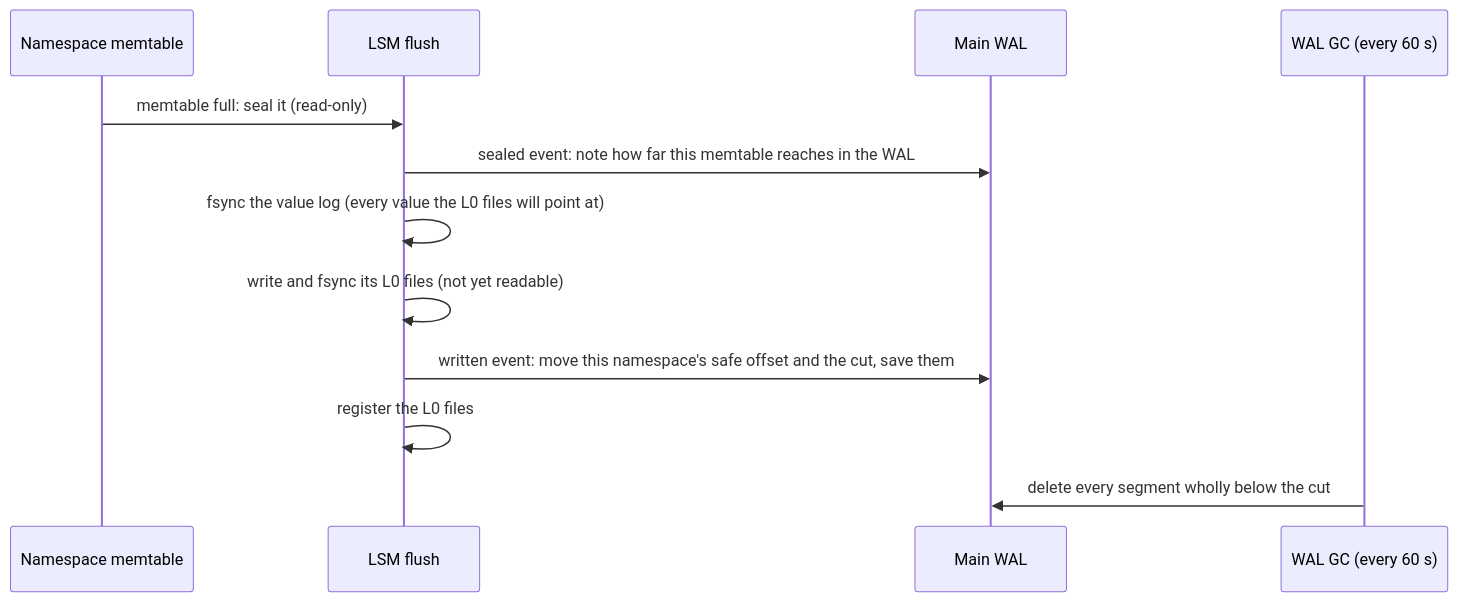
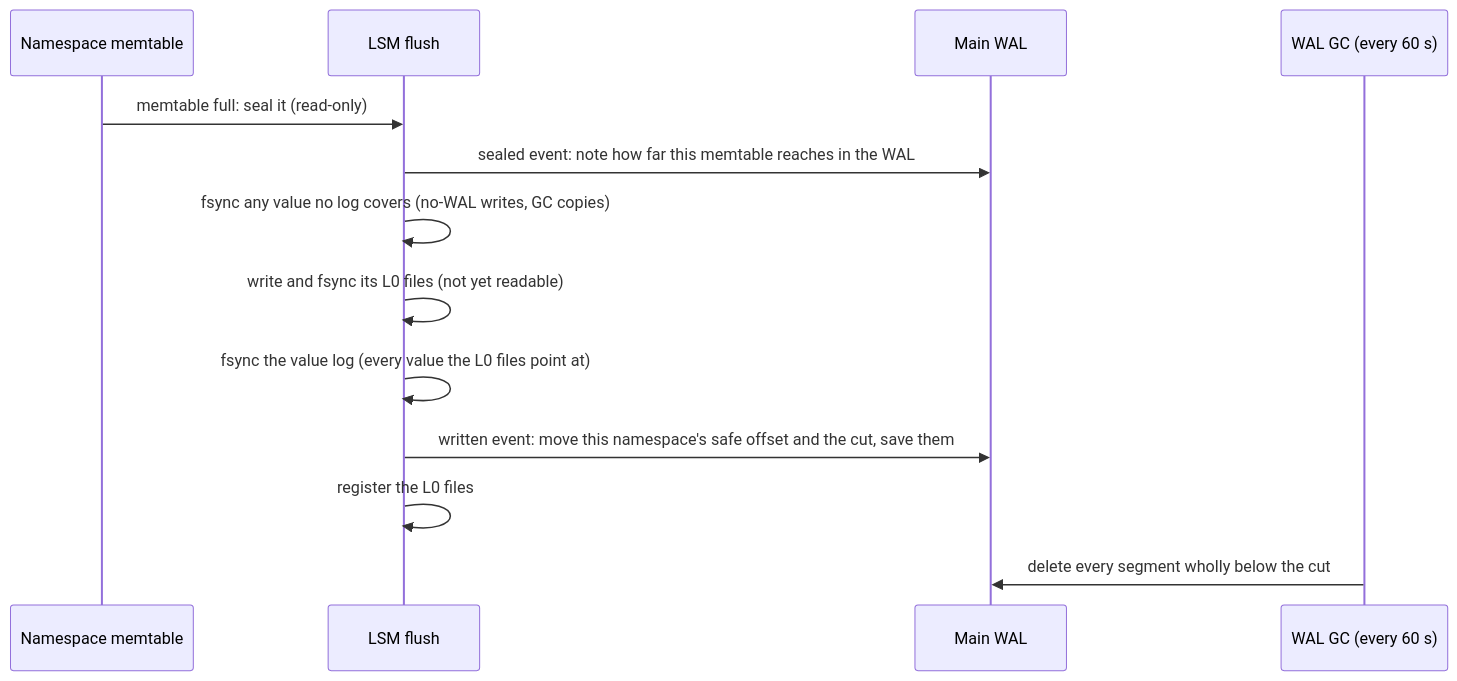
One commit to minnal0021/minnal changed the second of 4 diagrams in minnal_db/README.md. Above: the diagram before and after it, drawn with Mermaid. The commit also changed other lines of this file and 12 other files, not shown here.

````diff
--- a/minnal_db/README.md
+++ b/minnal_db/README.md
@@ -331,14 +331,15 @@
 ```mermaid
 sequenceDiagram
     participant M as Namespace memtable
     participant F as LSM flush
     participant W as Main WAL
     participant G as WAL GC (every 60 s)
     M->>F: memtable full: seal it (read-only)
     F->>W: sealed event: note how far this memtable reaches in the WAL
-    F->>F: fsync the value log (every value the L0 files will point at)
+    F->>F: fsync any value no log covers (no-WAL writes, GC copies)
     F->>F: write and fsync its L0 files (not yet readable)
+    F->>F: fsync the value log (every value the L0 files point at)
     F->>W: written event: move this namespace's safe offset and the cut, save them
     F->>F: register the L0 files
     G->>W: delete every segment wholly below the cut
 ```
````
